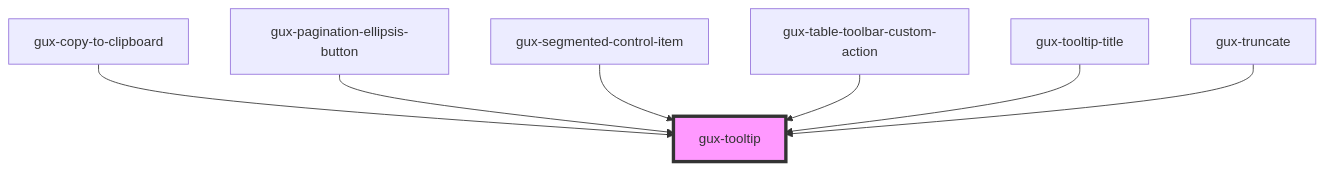
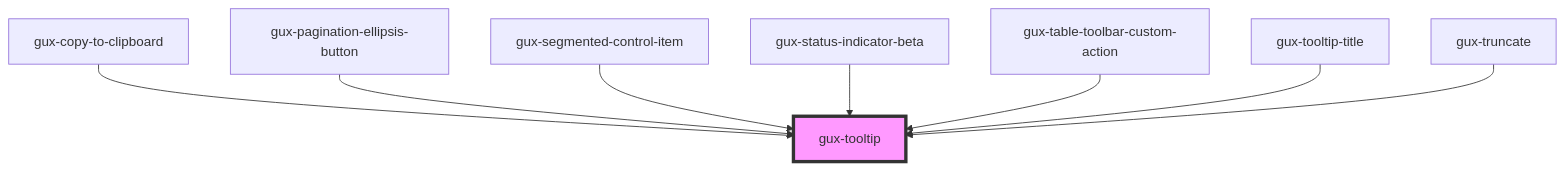
One commit to MyPureCloud/genesys-spark changed the diagram in packages/genesys-spark-components/src/components/stable/gux-tooltip/readme.md. Above: the diagram before and after it, drawn with Mermaid. The commit also changed other lines of this file and 30 other files, not shown here.

````diff
--- a/packages/genesys-spark-components/src/components/stable/gux-tooltip/readme.md
+++ b/packages/genesys-spark-components/src/components/stable/gux-tooltip/readme.md
@@ -77,10 +78,11 @@
 ```mermaid
 graph TD;
   gux-copy-to-clipboard --> gux-tooltip
   gux-pagination-ellipsis-button --> gux-tooltip
   gux-segmented-control-item --> gux-tooltip
+  gux-status-indicator-beta --> gux-tooltip
   gux-table-toolbar-custom-action --> gux-tooltip
   gux-tooltip-title --> gux-tooltip
   gux-truncate --> gux-tooltip
   style gux-tooltip fill:#f9f,stroke:#333,stroke-width:4px
 ```
````
